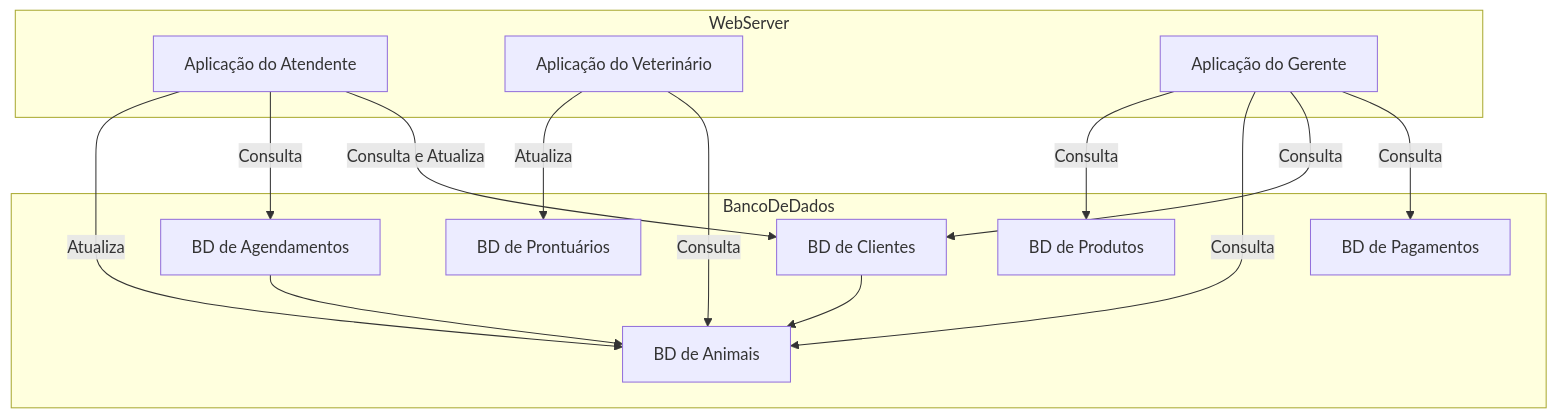
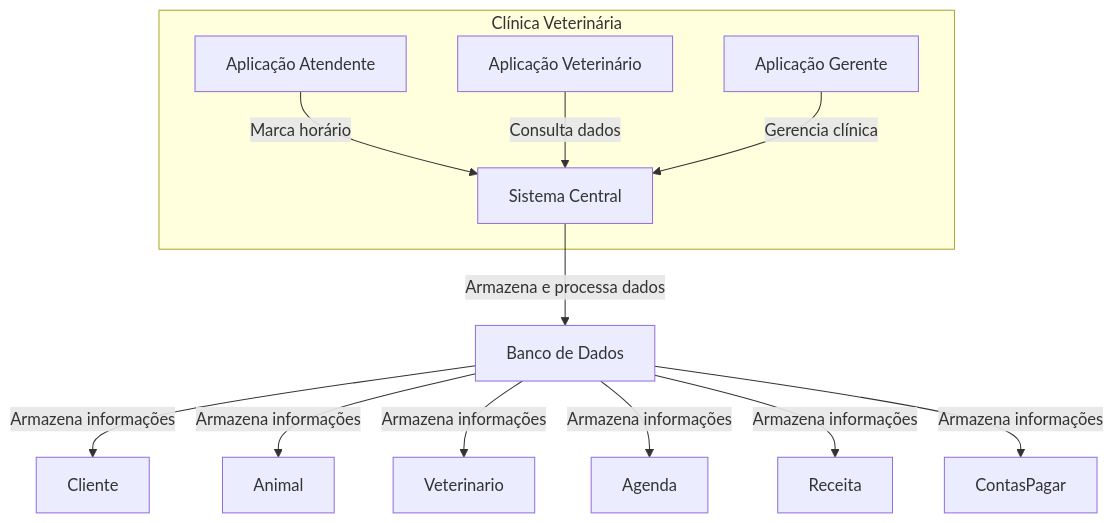
The third of 4 diagrams in README.md (monteiro74/nome_sobrenome2), drawn with Mermaid before and after one commit. The commit also changed other lines of this file, not shown here.

````diff
--- a/README.md
+++ b/README.md
@@ -176,33 +184,24 @@
 ```mermaid
-graph TD
-    subgraph WebServer
-        AplicacaoAtendente["Aplicação do Atendente"]
-        AplicacaoVeterinario["Aplicação do Veterinário"]
-        AplicacaoGerente["Aplicação do Gerente"]
+%%{init: {"theme": "default"}}%%
+graph TB
+    subgraph "Clínica Veterinária"
+        AplicacaoAtendente[Aplicação Atendente]
+        AplicacaoVeterinario[Aplicação Veterinário]
+        AplicacaoGerente[Aplicação Gerente]
+        Sistema[Sistema Central]
+        
+        AplicacaoAtendente -->|Marca horário| Sistema
+        AplicacaoVeterinario -->|Consulta dados| Sistema
+        AplicacaoGerente -->|Gerencia clínica| Sistema
     end
-
-    subgraph BancoDeDados
-        BDAnimais["BD de Animais"]
-        BDClientes["BD de Clientes"]
-        BDAgendamentos["BD de Agendamentos"]
-        BDProntuarios["BD de Prontuários"]
-        BDProdutos["BD de Produtos"]
-        BDPagamentos["BD de Pagamentos"]
-    end
-
-    AplicacaoAtendente -->|Consulta e Atualiza| BDClientes
-    AplicacaoAtendente -->|Consulta| BDAgendamentos
-    AplicacaoAtendente -->|Atualiza| BDAnimais
-
-    AplicacaoVeterinario -->|Consulta| BDAnimais
-    AplicacaoVeterinario -->|Atualiza| BDProntuarios
-
-    AplicacaoGerente -->|Consulta| BDPagamentos
-    AplicacaoGerente -->|Consulta| BDClientes
-    AplicacaoGerente -->|Consulta| BDAnimais
-    AplicacaoGerente -->|Consulta| BDProdutos
-
-    BDClientes --> BDAnimais
-    BDAgendamentos --> BDAnimais
+    
+    Sistema -->|Armazena e processa dados| BancoDeDados[Banco de Dados]
+    
+    BancoDeDados -->|Armazena informações| Cliente
+    BancoDeDados -->|Armazena informações| Animal
+    BancoDeDados -->|Armazena informações| Veterinario
+    BancoDeDados -->|Armazena informações| Agenda
+    BancoDeDados -->|Armazena informações| Receita
+    BancoDeDados -->|Armazena informações| ContasPagar
 
 ```
````
